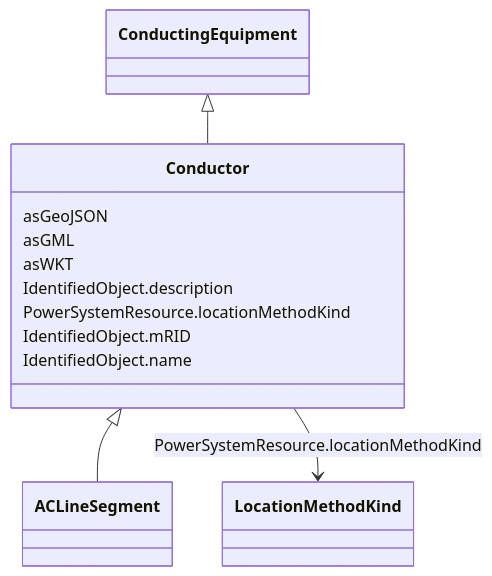
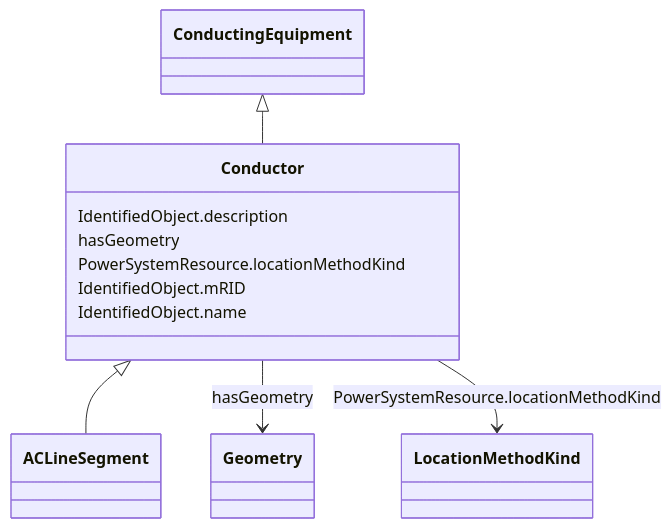
Before and after one commit to 3lbits/NoCIMExtensions: the diagram in docs/AviationObstacle/Conductor.md, drawn with Mermaid. The commit also changed other lines of this file and 61 other files, not shown here.

````diff
--- a/docs/AviationObstacle/Conductor.md
+++ b/docs/AviationObstacle/Conductor.md
@@ -18,31 +18,30 @@
 ```mermaid
  classDiagram
     class Conductor
     click Conductor href "../Conductor"
       ConductingEquipment <|-- Conductor
         click ConductingEquipment href "../ConductingEquipment"
       
 
       Conductor <|-- ACLineSegment
         click ACLineSegment href "../ACLineSegment"
       
       
-      Conductor : asGeoJSON
+      Conductor : IdentifiedObject.description
         
-      Conductor : asGML
+      Conductor : hasGeometry
         
-      Conductor : asWKT
-        
-      Conductor : IdentifiedObject.description
+          Conductor --> Geometry : hasGeometry
+          click Geometry href "../Geometry"
         
       Conductor : PowerSystemResource.locationMethodKind
         
           Conductor --> LocationMethodKind : PowerSystemResource.locationMethodKind
           click LocationMethodKind href "../LocationMethodKind"
         
       Conductor : IdentifiedObject.mRID
         
       Conductor : IdentifiedObject.name
         
       
 ```
````
